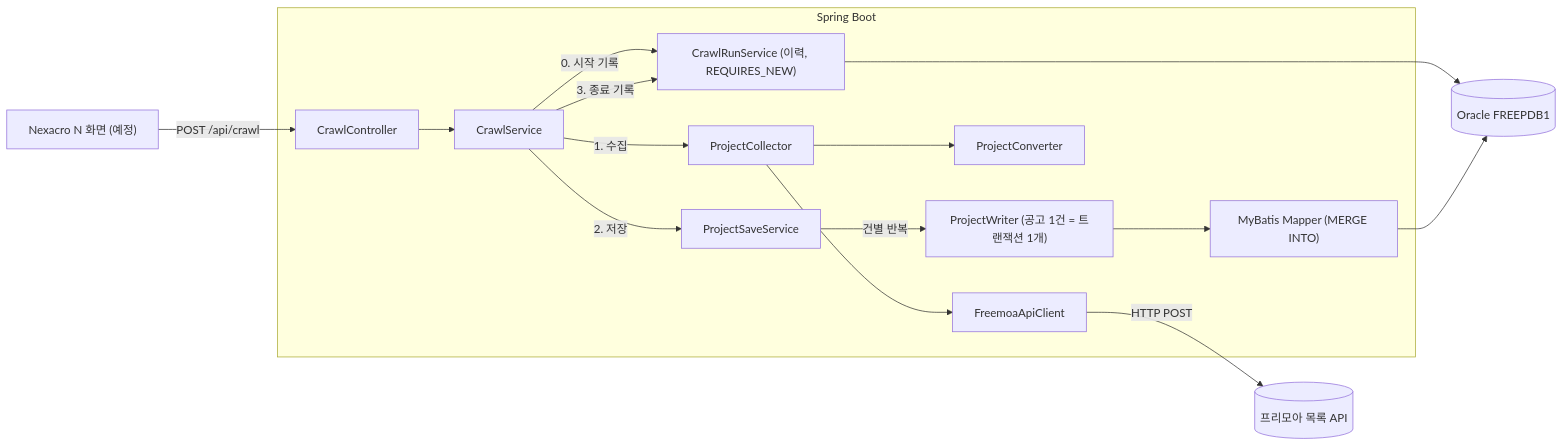
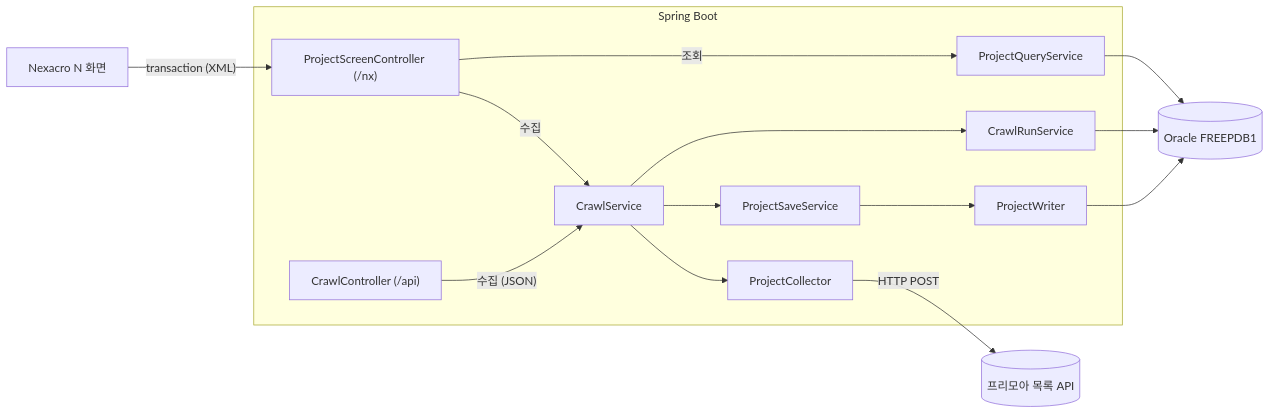
One commit to lhk9311/00.freemoa_crawler changed the first of 2 diagrams in README.md. Above: the diagram before and after it, drawn with Mermaid. The commit also changed other lines of this file and 21 other files, not shown here.

````diff
--- a/README.md
+++ b/README.md
@@ -27,32 +23,30 @@
 ```mermaid
 flowchart LR
+    NX["Nexacro N 화면"]
     FM[("프리모아 목록 API")]
-    NX["Nexacro N 화면 (예정)"]
     DB[("Oracle FREEPDB1")]
 
     subgraph APP["Spring Boot"]
-        CTRL["CrawlController"]
+        SCR["ProjectScreenController (/nx)"]
+        API["CrawlController (/api)"]
+        QRY["ProjectQueryService"]
         SVC["CrawlService"]
-        RUN["CrawlRunService (이력, REQUIRES_NEW)"]
+        RUN["CrawlRunService"]
         COL["ProjectCollector"]
-        CLI["FreemoaApiClient"]
-        CONV["ProjectConverter"]
         SAVE["ProjectSaveService"]
-        WRITER["ProjectWriter (공고 1건 = 트랜잭션 1개)"]
-        MAP["MyBatis Mapper (MERGE INTO)"]
+        WRITER["ProjectWriter"]
     end
 
-    NX -- "POST /api/crawl" --> CTRL
-    CTRL --> SVC
-    SVC -- "0. 시작 기록" --> RUN
-    SVC -- "1. 수집" --> COL
-    COL --> CLI
-    CLI -- "HTTP POST" --> FM
-    COL --> CONV
-    SVC -- "2. 저장" --> SAVE
-    SAVE -- "건별 반복" --> WRITER
-    WRITER --> MAP
-    SVC -- "3. 종료 기록" --> RUN
+    NX -- "transaction (XML)" --> SCR
+    SCR -- "조회" --> QRY
+    SCR -- "수집" --> SVC
+    API -- "수집 (JSON)" --> SVC
+    SVC --> RUN
+    SVC --> COL
+    COL -- "HTTP POST" --> FM
+    SVC --> SAVE
+    SAVE --> WRITER
+    QRY --> DB
     RUN --> DB
-    MAP --> DB
+    WRITER --> DB
 ```
````
